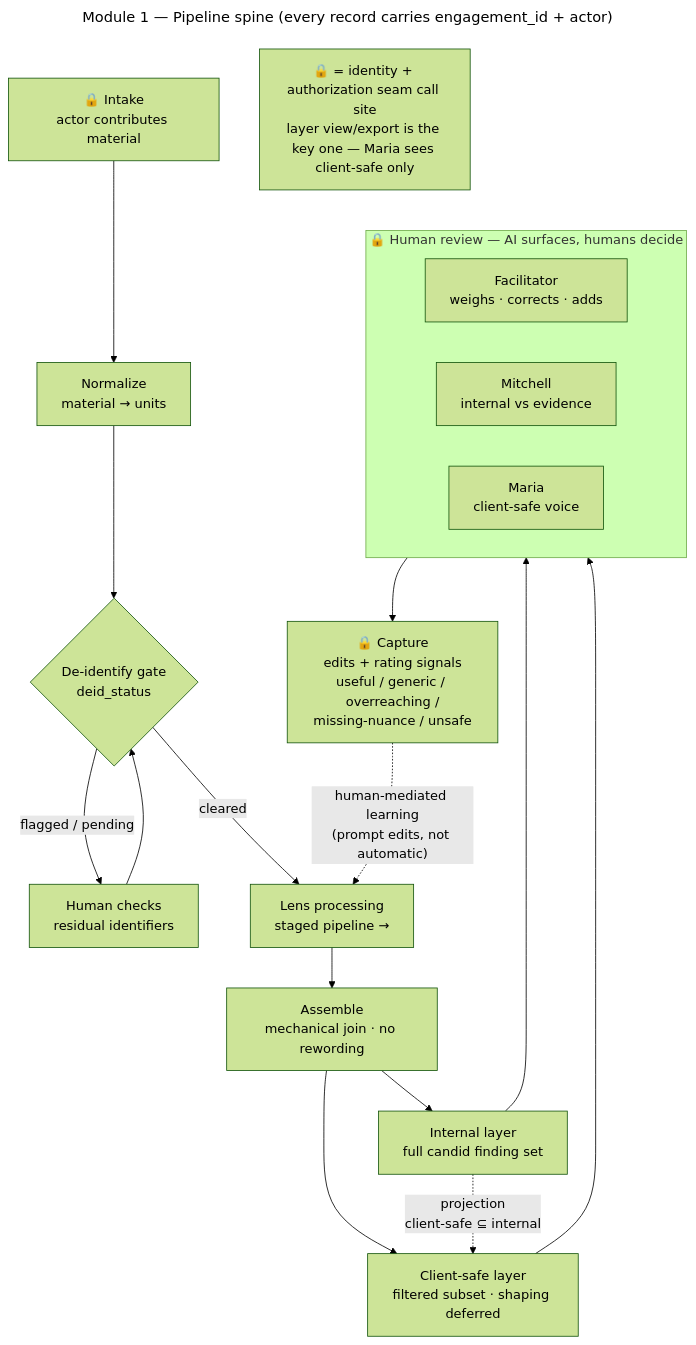
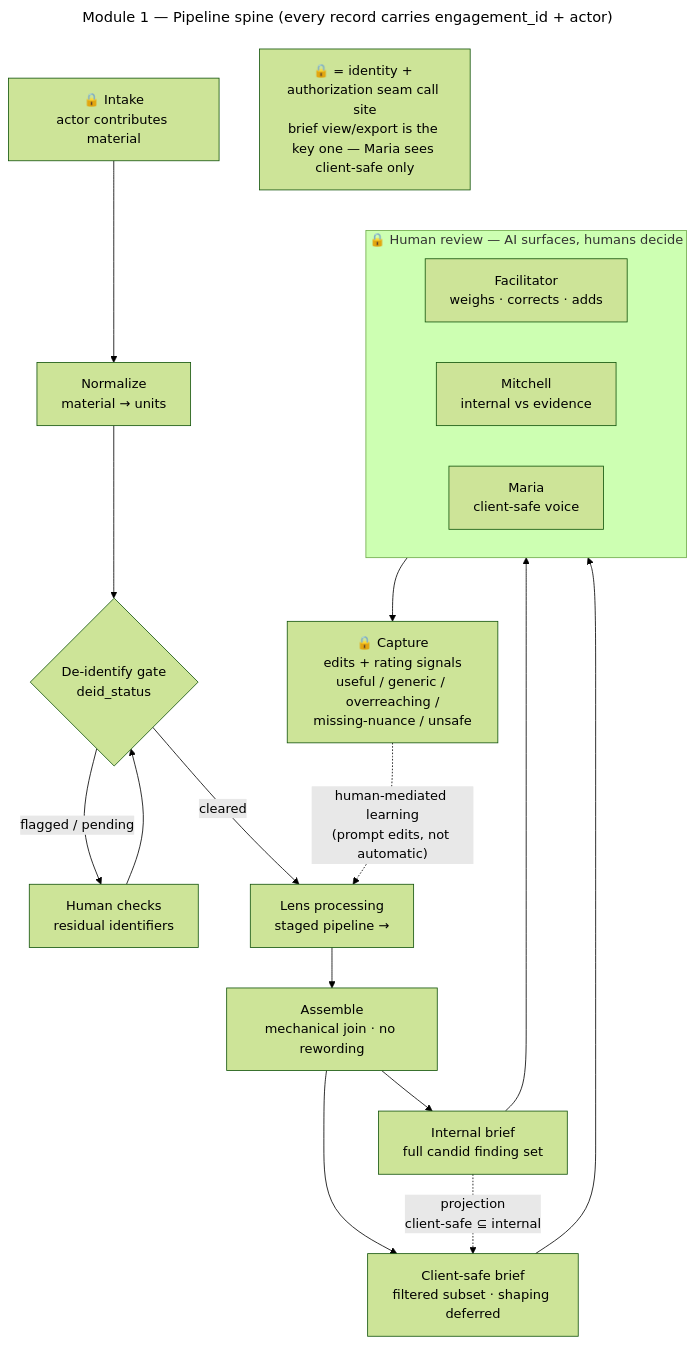
One commit to dkent600/HumanLens changed the first of 3 diagrams in docs/build_approach.md. Above: the diagram before and after it, drawn with Mermaid (forest theme). The commit also changed other lines of this file and 1 other file, not shown here.

````diff
--- a/docs/build_approach.md
+++ b/docs/build_approach.md
@@ -709,27 +712,27 @@
 ```mermaid
 ---
 title: "Module 1 — Pipeline spine (every record carries engagement_id + actor)"
 ---
 flowchart TD
     A["🔒 Intake<br/>actor contributes material"] --> B["Normalize<br/>material → units"]
     B --> C{"De-identify gate<br/>deid_status"}
     C -->|"flagged / pending"| R["Human checks<br/>residual identifiers"]
     R --> C
     C -->|"cleared"| D["Lens processing<br/>staged pipeline →"]
     D --> E["Assemble<br/>mechanical join · no rewording"]
-    E --> INT["Internal layer<br/>full candid finding set"]
-    E --> CS["Client-safe layer<br/>filtered subset · shaping deferred"]
+    E --> INT["Internal brief<br/>full candid finding set"]
+    E --> CS["Client-safe brief<br/>filtered subset · shaping deferred"]
     INT -. "projection<br/>client-safe ⊆ internal" .-> CS
     INT --> HR
     CS --> HR
     subgraph HR["🔒 Human review — AI surfaces, humans decide"]
         direction LR
         F["Facilitator<br/>weighs · corrects · adds"]
         M["Mitchell<br/>internal vs evidence"]
         MA["Maria<br/>client-safe voice"]
     end
     HR --> CAP["🔒 Capture<br/>edits + rating signals<br/>useful / generic / overreaching /<br/>missing-nuance / unsafe"]
     CAP -. "human-mediated learning<br/>(prompt edits, not automatic)" .-> D
 
-    LEG["🔒 = identity + authorization seam call site<br/>layer view/export is the key one — Maria sees client-safe only"]
+    LEG["🔒 = identity + authorization seam call site<br/>brief view/export is the key one — Maria sees client-safe only"]
 ```
````
